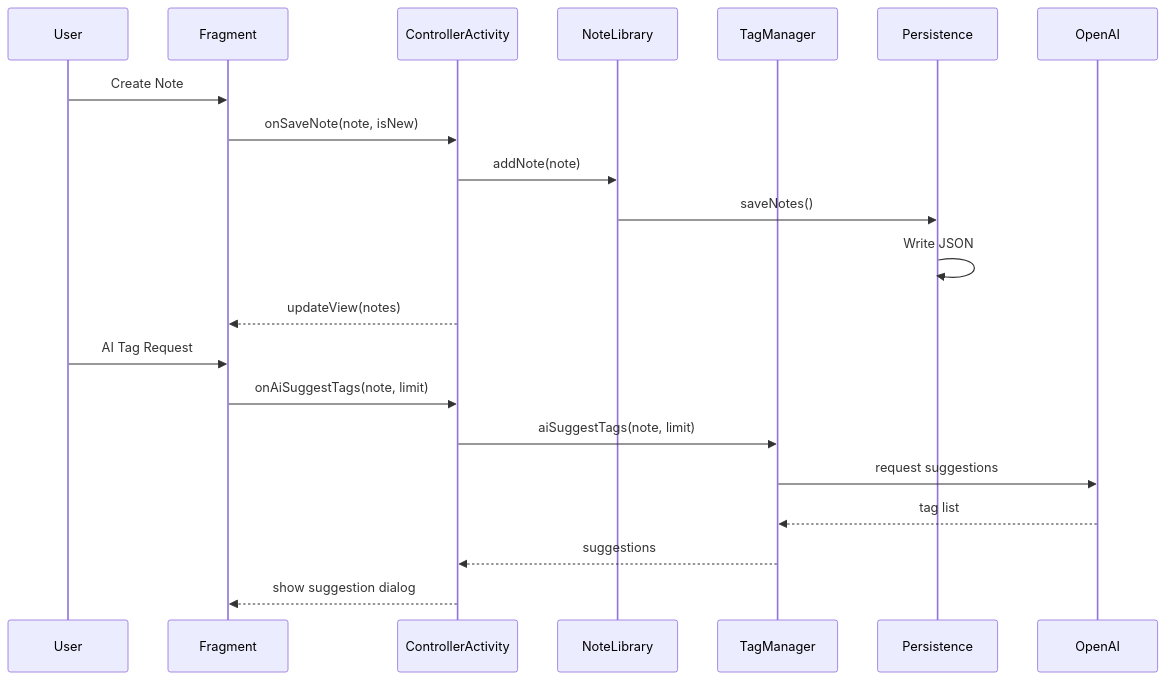
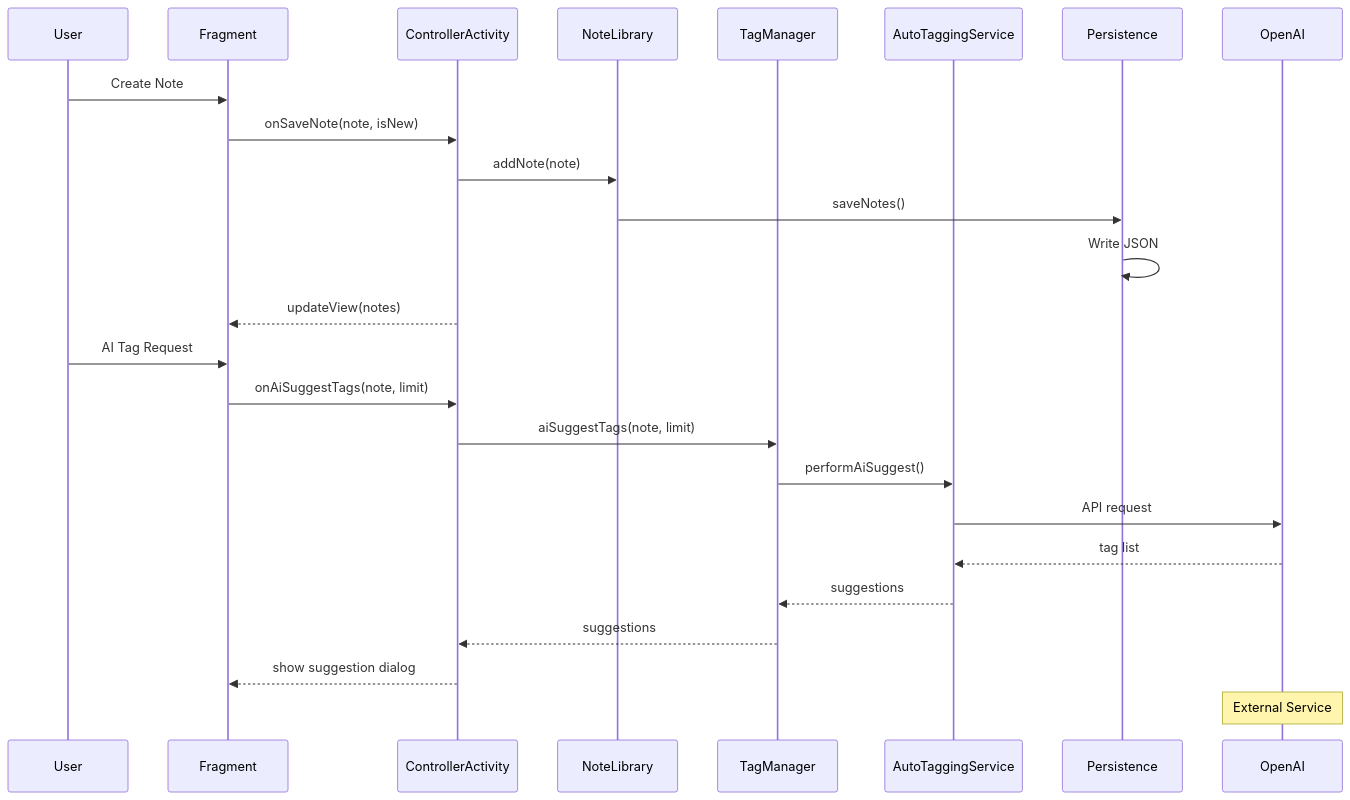
The diagram in docs/architecture/data_flow.md (patricksmill/QuickNotes), drawn with Mermaid before and after one commit. The commit also changed 9 other files, not shown here.

Commit message:
Fix Tutorial Crashing, update diagrams

````diff
--- a/docs/architecture/data_flow.md
+++ b/docs/architecture/data_flow.md
@@ -1,25 +1,30 @@
 ```mermaid
 sequenceDiagram
     participant User
     participant Fragment
     participant Controller as ControllerActivity
     participant NoteLibrary
     participant TagManager
+    participant AutoTaggingService
     participant Persistence
     participant OpenAI
 
     User->>Fragment: Create Note
     Fragment->>Controller: onSaveNote(note, isNew)
     Controller->>NoteLibrary: addNote(note)
     NoteLibrary->>Persistence: saveNotes()
     Persistence->>Persistence: Write JSON
     Controller-->>Fragment: updateView(notes)
 
     User->>Fragment: AI Tag Request
     Fragment->>Controller: onAiSuggestTags(note, limit)
     Controller->>TagManager: aiSuggestTags(note, limit)
-    TagManager->>OpenAI: request suggestions
-    OpenAI-->>TagManager: tag list
+    TagManager->>AutoTaggingService: performAiSuggest()
+    AutoTaggingService->>OpenAI: API request
+    OpenAI-->>AutoTaggingService: tag list
+    AutoTaggingService-->>TagManager: suggestions
     TagManager-->>Controller: suggestions
     Controller-->>Fragment: show suggestion dialog
+
+    Note over OpenAI: External Service
 ```
````
